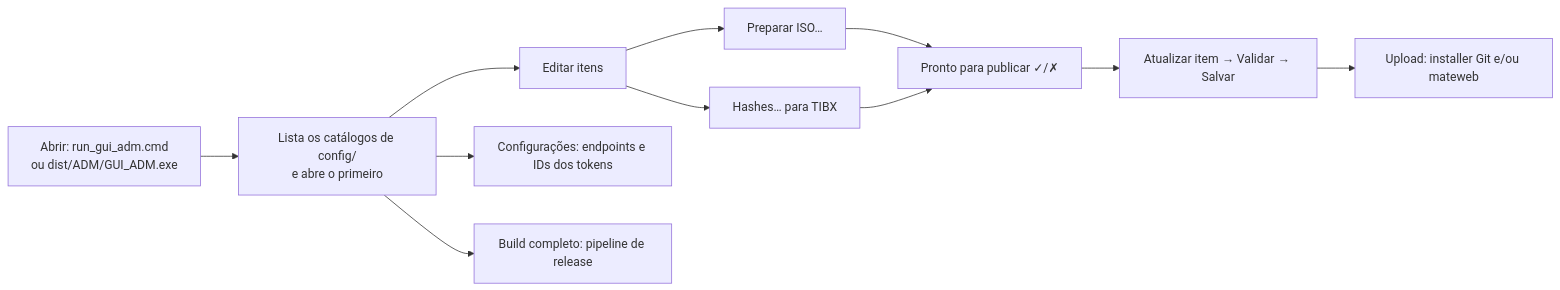
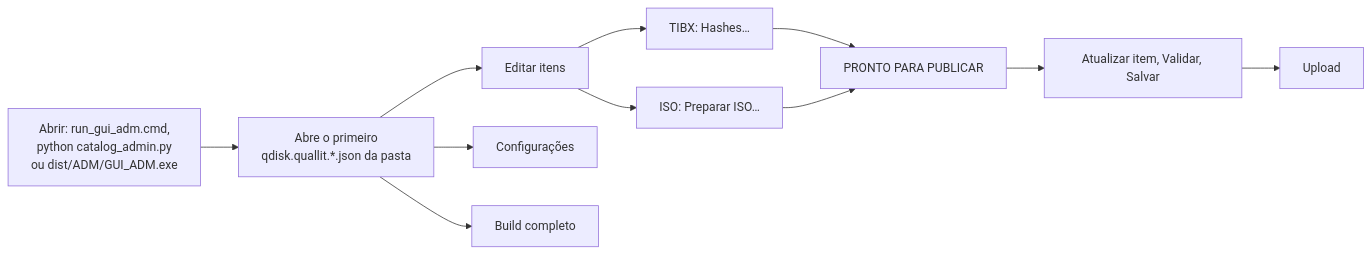
Before and after one commit to MarceloSobral-Quallit/Q-DISK: the first of 11 diagrams in docs/FLUXOS_GUI_ADM.md, drawn with Mermaid. The commit also changed other lines of this file and 1 other file, not shown here.

Commit message:
docs: GUI_ADM e fluxos do administrador conforme o código

````diff
--- a/docs/FLUXOS_GUI_ADM.md
+++ b/docs/FLUXOS_GUI_ADM.md
@@ -10,12 +24,13 @@
 ```mermaid
 flowchart LR
-    A[Abrir: run_gui_adm.cmd<br/>ou dist/ADM/GUI_ADM.exe] --> B[Lista os catálogos de config/<br/>e abre o primeiro]
+    A["Abrir: run_gui_adm.cmd,<br/>python catalog_admin.py<br/>ou dist/ADM/GUI_ADM.exe"] --> B["Abre o primeiro<br/>qdisk.quallit.*.json da pasta"]
     B --> C[Editar itens]
-    C --> D[Preparar ISO…]
-    C --> E[Hashes… para TIBX]
-    D & E --> F[Pronto para publicar ✓/✗]
-    F --> G[Atualizar item → Validar → Salvar]
-    G --> H[Upload: installer Git e/ou mateweb]
-    B --> I[Configurações: endpoints e IDs dos tokens]
-    B --> J[Build completo: pipeline de release]
+    C --> D["TIBX: Hashes…"]
+    C --> E["ISO: Preparar ISO…"]
+    D --> F[PRONTO PARA PUBLICAR]
+    E --> F
+    F --> G[Atualizar item, Validar, Salvar]
+    G --> H[Upload]
+    B --> I[Configurações]
+    B --> J[Build completo]
 ```
````
